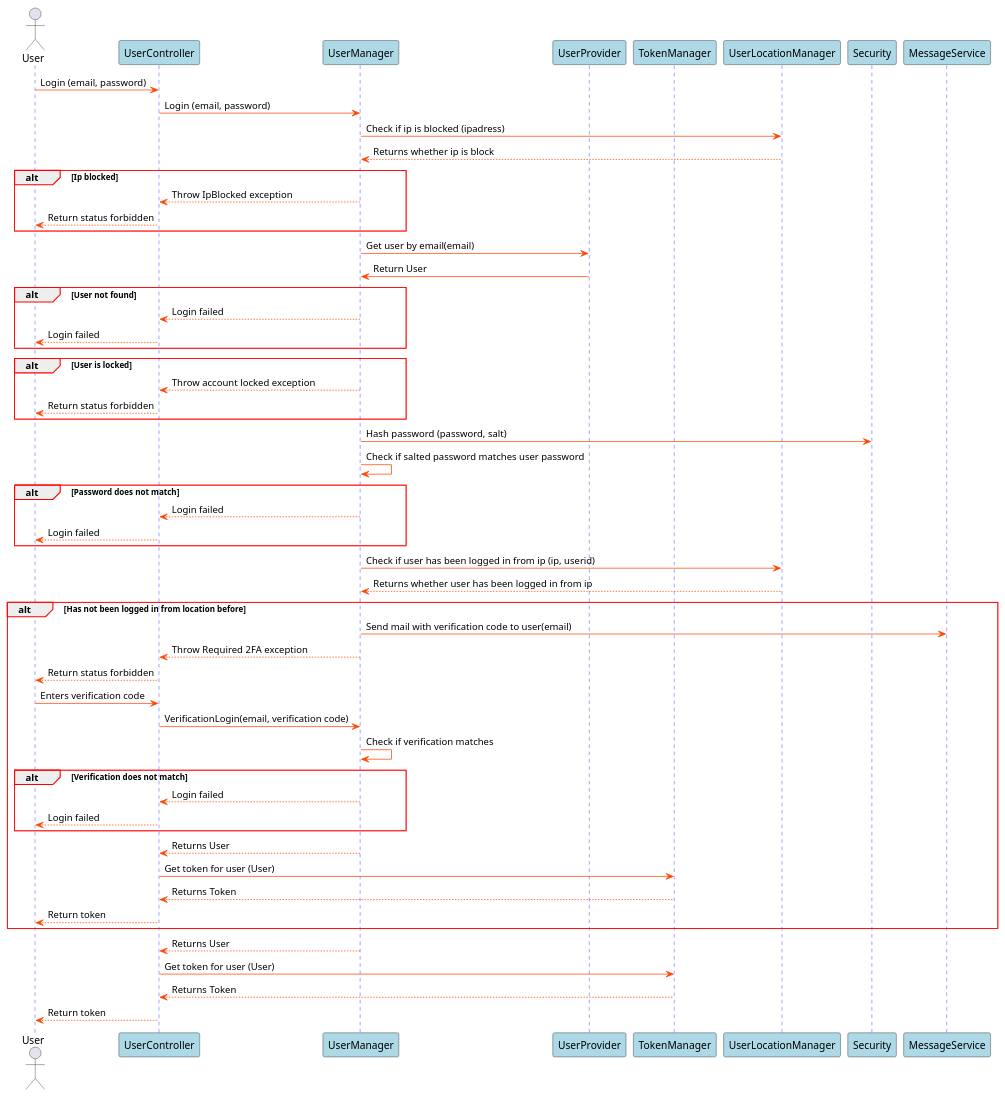
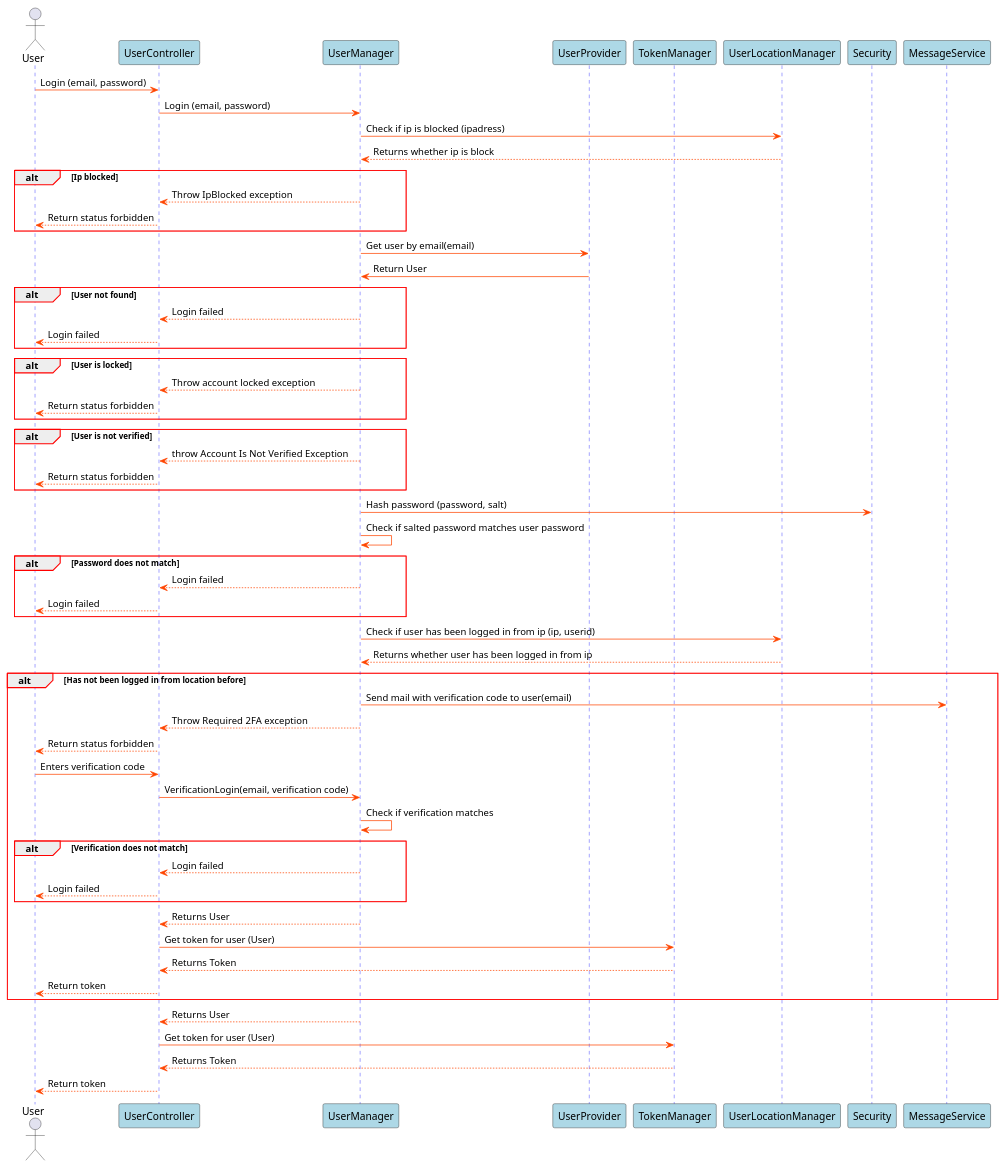
One commit to blackout1471/trust-us-school changed the diagram in Docs/SDDiagrams/LoginSD.plantuml. Above: the diagram before and after it, drawn with PlantUML. The commit also changed 33 other files, not shown here.

```diff
--- a/Docs/SDDiagrams/LoginSD.plantuml
+++ b/Docs/SDDiagrams/LoginSD.plantuml
@@ -1,90 +1,97 @@
 @startuml Login SD
 
 skinparam sequence {
     GroupBorderColor red
     GroupBorderThickness 1
 
     ArrowColor orangered
 
     LifeLineBorderColor blue
 
     ParticipantBackgroundColor lightblue
 }
 
 actor User
 participant UserController
 participant UserManager
 participant UserProvider
 participant TokenManager
 participant UserLocationManager
 participant Security
 
 User->UserController: Login (email, password)
 UserController->UserManager: Login (email, password)
 UserManager->UserLocationManager: Check if ip is blocked (ipadress)
 UserLocationManager-->UserManager: Returns whether ip is block
 
 alt Ip blocked
 UserManager-->UserController: Throw IpBlocked exception
 UserController-->User: Return status forbidden
 end
 
 UserManager->UserProvider: Get user by email(email)
 UserProvider->UserManager: Return User
 
 
 alt User not found
 
 UserManager-->UserController: Login failed
 UserController-->User: Login failed
 
 end
 
 alt User is locked
 
 UserManager-->UserController: Throw account locked exception
 UserController-->User: Return status forbidden
 
 end
 
+alt User is not verified
+
+UserManager-->UserController: throw Account Is Not Verified Exception
+UserController-->User: Return status forbidden
+
+end
+
 UserManager->Security: Hash password (password, salt)
 UserManager->UserManager: Check if salted password matches user password
 
 alt Password does not match
 
 UserManager-->UserController: Login failed
 UserController-->User: Login failed
 
 end
 
 
 UserManager->UserLocationManager: Check if user has been logged in from ip (ip, userid)
 UserLocationManager-->UserManager: Returns whether user has been logged in from ip
 
 alt Has not been logged in from location before
 
 UserManager->MessageService: Send mail with verification code to user(email)
 UserManager-->UserController: Throw Required 2FA exception
 UserController-->User: Return status forbidden
 User->UserController: Enters verification code
 UserController->UserManager: VerificationLogin(email, verification code)
 UserManager->UserManager: Check if verification matches
 alt Verification does not match
 
 UserManager-->UserController: Login failed
 UserController-->User: Login failed
 
 end
 UserManager-->UserController: Returns User
 UserController->TokenManager: Get token for user (User)
 TokenManager-->UserController: Returns Token
 UserController-->User: Return token
 end
 
 UserManager-->UserController: Returns User
 UserController->TokenManager: Get token for user (User)
 TokenManager-->UserController: Returns Token
 
 UserController-->User: Return token
 
 @enduml
```
